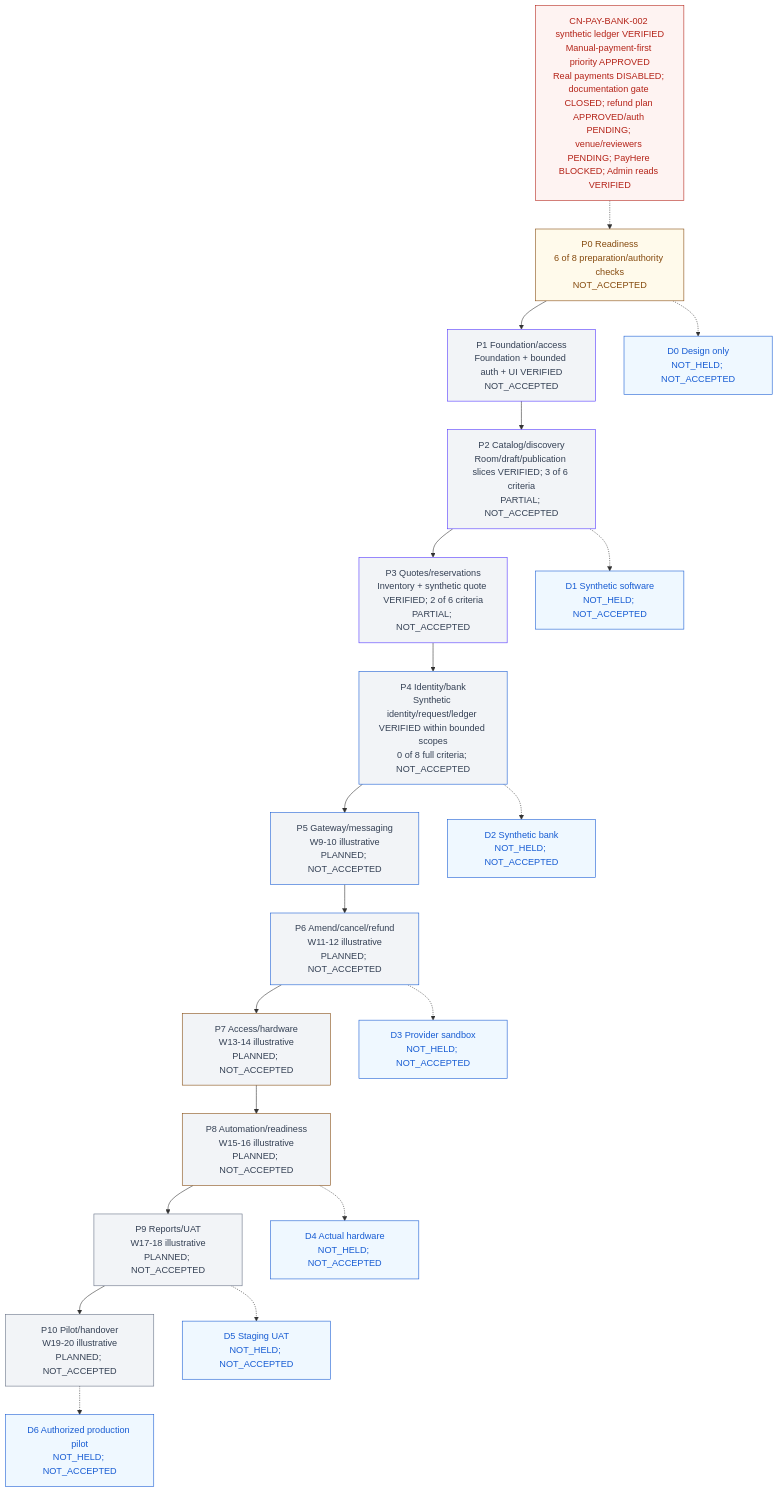
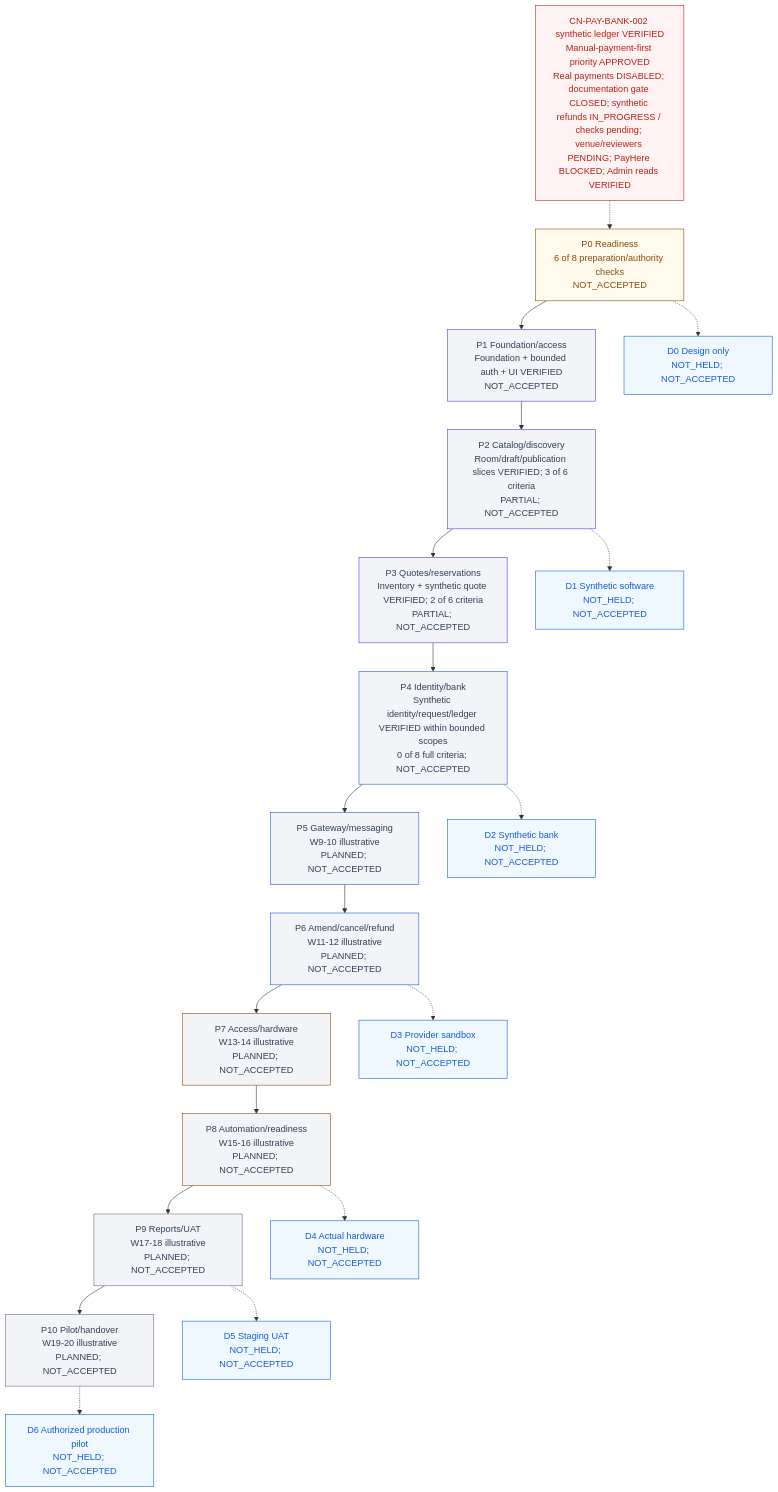
The diagram in knowledge/PROGRESS.md (Hasitha3513/Theater-Project), drawn with Mermaid before and after one commit. The commit also changed other lines of this file and 37 other files, not shown here.

Commit message:
feat(payments): add synthetic bank-only refund workflow

````diff
--- a/knowledge/PROGRESS.md
+++ b/knowledge/PROGRESS.md
@@ -313,45 +313,45 @@
 ```mermaid
 flowchart TB
-  G["CN-PAY-BANK-002 synthetic ledger VERIFIED<br/>Manual-payment-first priority APPROVED<br/>Real payments DISABLED; documentation gate CLOSED; refund plan APPROVED/auth PENDING; venue/reviewers PENDING; PayHere BLOCKED; Admin reads VERIFIED"]
+  G["CN-PAY-BANK-002 synthetic ledger VERIFIED<br/>Manual-payment-first priority APPROVED<br/>Real payments DISABLED; documentation gate CLOSED; synthetic refunds IN_PROGRESS / checks pending; venue/reviewers PENDING; PayHere BLOCKED; Admin reads VERIFIED"]
   P0["P0 Readiness<br/>6 of 8 preparation/authority checks<br/>NOT_ACCEPTED"]
   P1["P1 Foundation/access<br/>Foundation + bounded auth + UI VERIFIED<br/>NOT_ACCEPTED"]
   P2["P2 Catalog/discovery<br/>Room/draft/publication slices VERIFIED; 3 of 6 criteria<br/>PARTIAL; NOT_ACCEPTED"]
   P3["P3 Quotes/reservations<br/>Inventory + synthetic quote VERIFIED; 2 of 6 criteria<br/>PARTIAL; NOT_ACCEPTED"]
   P4["P4 Identity/bank<br/>Synthetic identity/request/ledger VERIFIED within bounded scopes<br/>0 of 8 full criteria; NOT_ACCEPTED"]
   P5["P5 Gateway/messaging<br/>W9-10 illustrative<br/>PLANNED; NOT_ACCEPTED"]
   P6["P6 Amend/cancel/refund<br/>W11-12 illustrative<br/>PLANNED; NOT_ACCEPTED"]
   P7["P7 Access/hardware<br/>W13-14 illustrative<br/>PLANNED; NOT_ACCEPTED"]
   P8["P8 Automation/readiness<br/>W15-16 illustrative<br/>PLANNED; NOT_ACCEPTED"]
   P9["P9 Reports/UAT<br/>W17-18 illustrative<br/>PLANNED; NOT_ACCEPTED"]
   P10["P10 Pilot/handover<br/>W19-20 illustrative<br/>PLANNED; NOT_ACCEPTED"]
   G -.-> P0
   P0 --> P1 --> P2 --> P3 --> P4 --> P5 --> P6 --> P7 --> P8 --> P9 --> P10
   D0["D0 Design only<br/>NOT_HELD; NOT_ACCEPTED"]
   D1["D1 Synthetic software<br/>NOT_HELD; NOT_ACCEPTED"]
   D2["D2 Synthetic bank<br/>NOT_HELD; NOT_ACCEPTED"]
   D3["D3 Provider sandbox<br/>NOT_HELD; NOT_ACCEPTED"]
   D4["D4 Actual hardware<br/>NOT_HELD; NOT_ACCEPTED"]
   D5["D5 Staging UAT<br/>NOT_HELD; NOT_ACCEPTED"]
   D6["D6 Authorized production pilot<br/>NOT_HELD; NOT_ACCEPTED"]
   P0 -.-> D0
   P2 -.-> D1
   P4 -.-> D2
   P6 -.-> D3
   P8 -.-> D4
   P9 -.-> D5
   P10 -.-> D6
   classDef readiness fill:#FFFAEB,color:#854A0E,stroke:#854A0E;
   classDef foundation fill:#F2F4F7,color:#344054,stroke:#5135FF;
   classDef financial fill:#F2F4F7,color:#344054,stroke:#175CD3;
   classDef physical fill:#F2F4F7,color:#344054,stroke:#854A0E;
   classDef release fill:#F2F4F7,color:#344054,stroke:#667085;
   classDef blocked fill:#FEF3F2,color:#B42318,stroke:#B42318;
   classDef demo fill:#EFF8FF,color:#175CD3,stroke:#175CD3;
   class P0 readiness;
   class P1,P2,P3 foundation;
   class P4,P5,P6 financial;
   class P7,P8 physical;
   class P9,P10 release;
   class G blocked;
   class D0,D1,D2,D3,D4,D5,D6 demo;
 ```
````
